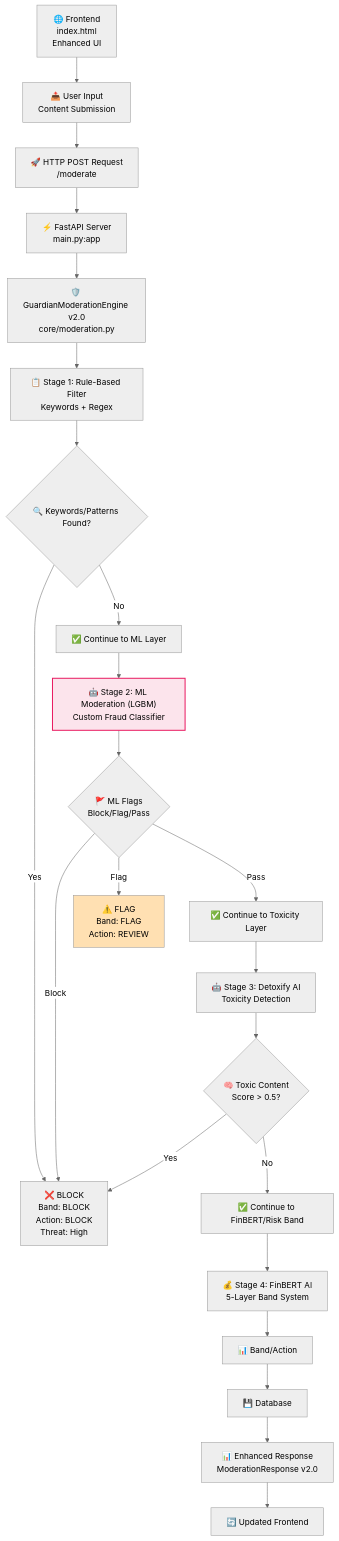
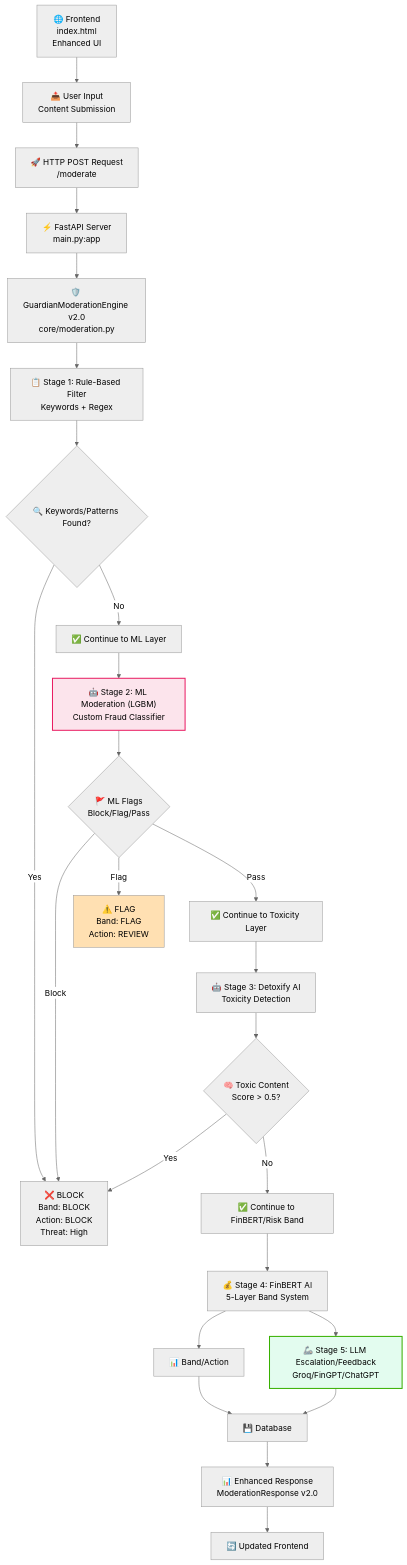
One commit to rohan-g0re/MARV_content_moderation_engine changed the diagram in README.md. Above: the diagram before and after it, drawn with Mermaid (neutral theme). The commit also changed other lines of this file, not shown here.

````diff
--- a/README.md
+++ b/README.md
@@ -33,34 +35,36 @@
 ```mermaid
 graph TD
     A["🌐 Frontend<br/>index.html<br/>Enhanced UI"] --> B["📤 User Input<br/>Content Submission"]
     B --> C["🚀 HTTP POST Request<br/>/moderate"]
     C --> D["⚡ FastAPI Server<br/>main.py:app"]
 
     D --> E["🛡️ GuardianModerationEngine v2.0<br/>core/moderation.py"]
 
     E --> F["📋 Stage 1: Rule-Based Filter<br/>Keywords + Regex"]
     F --> G{"🔍 Keywords/Patterns Found?"}
     G -->|Yes| H["❌ BLOCK<br/>Band: BLOCK<br/>Action: BLOCK<br/>Threat: High"]
     G -->|No| I["✅ Continue to ML Layer"]
 
     I --> J["🤖 Stage 2: ML Moderation (LGBM)<br/>Custom Fraud Classifier"]
     J --> K{"🚩 ML Flags<br/>Block/Flag/Pass"}
     K -->|Block| H
     K -->|Flag| L["⚠️ FLAG<br/>Band: FLAG<br/>Action: REVIEW"]
     K -->|Pass| M["✅ Continue to Toxicity Layer"]
 
     M --> N["🤖 Stage 3: Detoxify AI<br/>Toxicity Detection"]
     N --> O{"🧠 Toxic Content<br/>Score > 0.5?"}
     O -->|Yes| H
     O -->|No| P["✅ Continue to FinBERT/Risk Band"]
 
     P --> Q["💰 Stage 4: FinBERT AI<br/>5-Layer Band System"]
     Q --> R["📊 Band/Action"]
-
     R --> S["💾 Database"]
+    Q --> V["🦾 Stage 5: LLM Escalation/Feedback<br/>Groq/FinGPT/ChatGPT"]
+    V --> S
     S --> T["📊 Enhanced Response<br/>ModerationResponse v2.0"]
     T --> U["🔄 Updated Frontend"]
 
     style J fill:#fce4ec,stroke:#e91e63,stroke-width:2px
     style L fill:#ffe0b2
+    style V fill:#e3fcef,stroke:#38b000,stroke-width:2px
 ```
````
